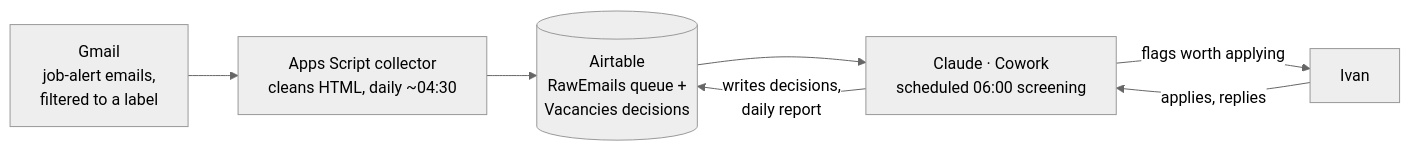
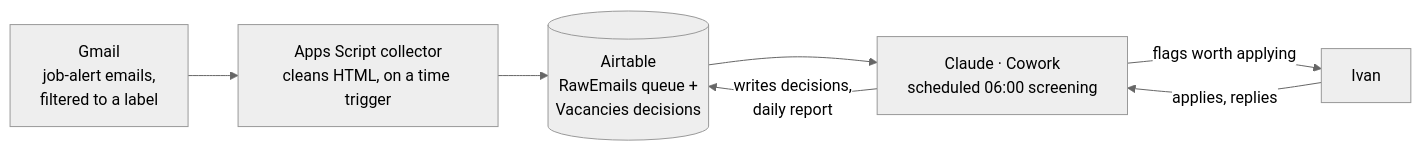
The diagram in README.md (kathelix/UK_DevOps), drawn with Mermaid (neutral theme) before and after one commit. The commit also changed other lines of this file and 12 other files, not shown here.

First line of the commit message:
Add RawEmails purge job and fail-loudly collector (#11)

````diff
--- a/README.md
+++ b/README.md
@@ -7,9 +7,9 @@
 ```mermaid
 flowchart LR
-    A[Gmail\njob-alert emails,\nfiltered to a label] --> B[Apps Script collector\ncleans HTML, daily ~04:30]
+    A[Gmail\njob-alert emails,\nfiltered to a label] --> B[Apps Script collector\ncleans HTML, on a time trigger]
     B --> C[(Airtable\nRawEmails queue +\nVacancies decisions)]
     C --> D[Claude · Cowork\nscheduled 06:00 screening]
     D -->|writes decisions,\ndaily report| C
     D -->|flags worth applying| E[Ivan]
     E -->|applies, replies| D
 ```
````
